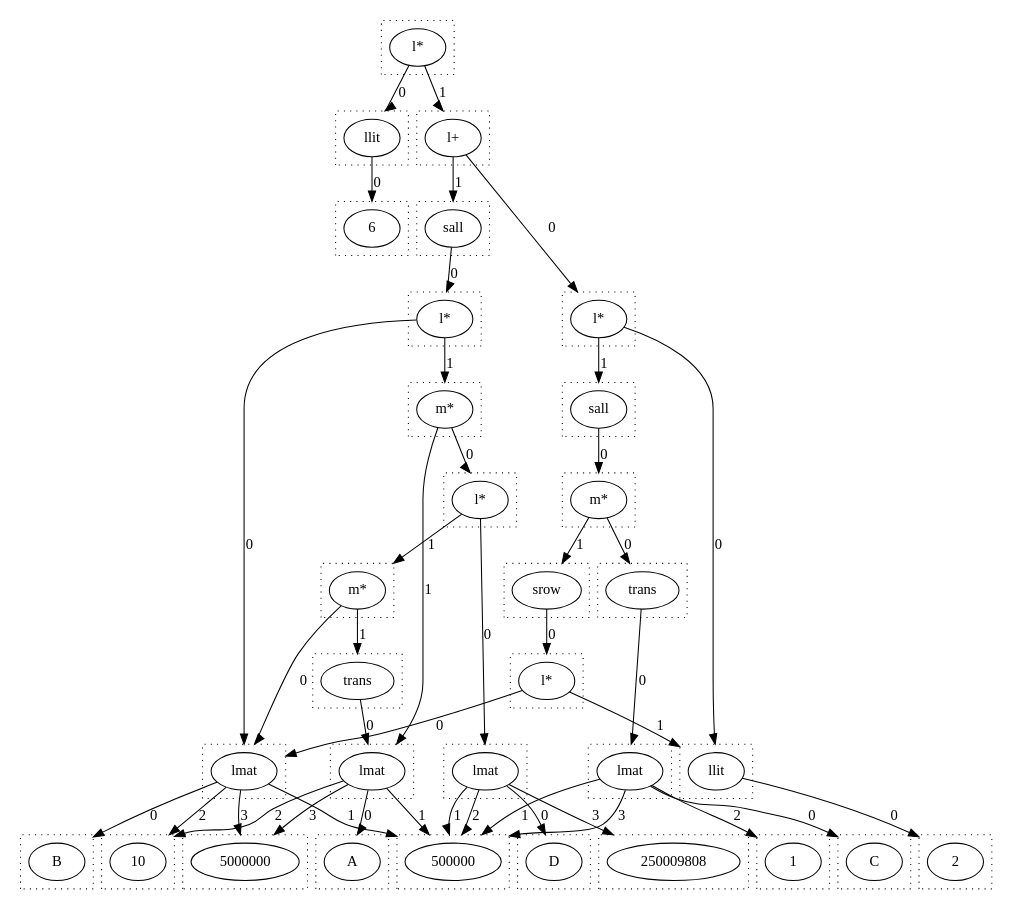
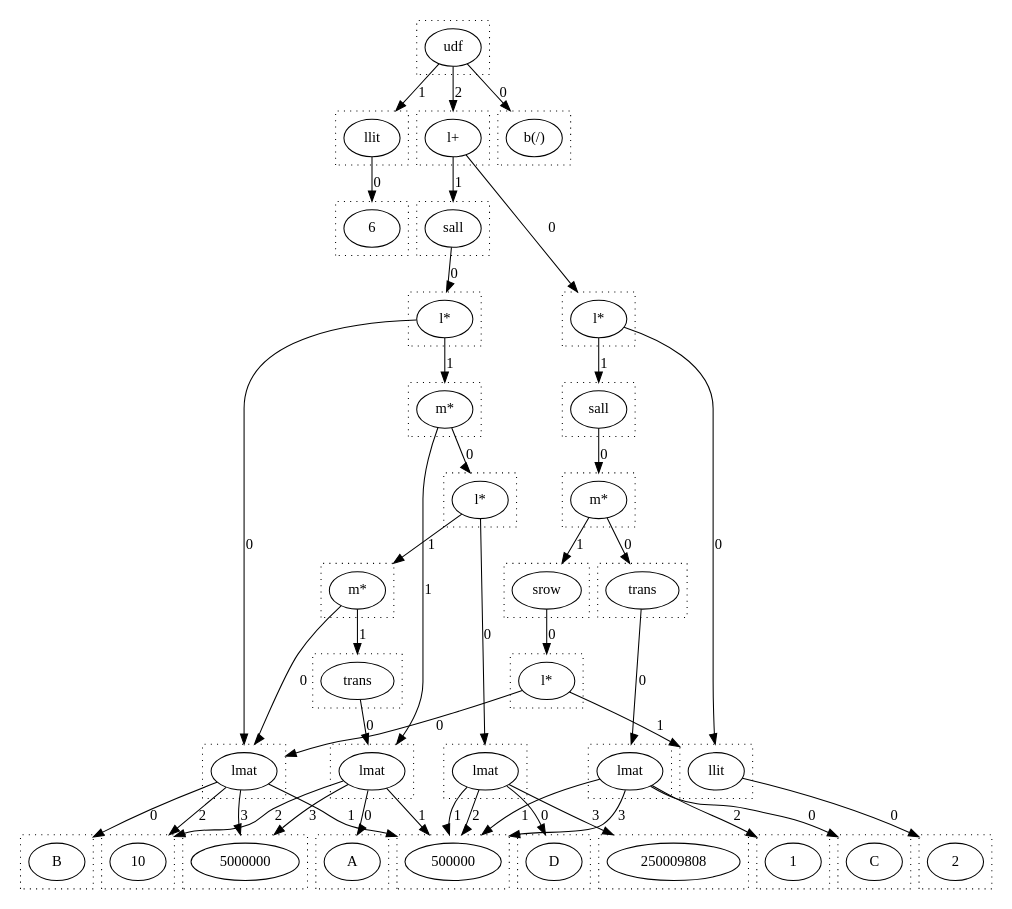
One commit to wormhole-optimization/warp changed the diagram in dots/dag.dot. Above: the diagram before and after it, drawn with Graphviz. The commit also changed 9 other files, not shown here.

```diff
--- a/dots/dag.dot
+++ b/dots/dag.dot
@@ -1,168 +1,173 @@
 digraph {
   compound=true
   subgraph cluster_0 {
     style=dotted
     0.0[label = "6"]
   }
   subgraph cluster_1 {
     style=dotted
     1.0[label = "llit"]
   }
   subgraph cluster_2 {
     style=dotted
     2.0[label = "2"]
   }
   subgraph cluster_3 {
     style=dotted
     3.0[label = "llit"]
   }
   subgraph cluster_4 {
     style=dotted
     4.0[label = "C"]
   }
   subgraph cluster_5 {
     style=dotted
     5.0[label = "500000"]
   }
   subgraph cluster_6 {
     style=dotted
     6.0[label = "1"]
   }
   subgraph cluster_7 {
     style=dotted
     7.0[label = "lmat"]
   }
   subgraph cluster_8 {
     style=dotted
     8.0[label = "trans"]
   }
   subgraph cluster_9 {
     style=dotted
     9.0[label = "B"]
   }
   subgraph cluster_10 {
     style=dotted
     10.0[label = "10"]
   }
   subgraph cluster_11 {
     style=dotted
     11.0[label = "5000000"]
   }
   subgraph cluster_12 {
     style=dotted
     12.0[label = "lmat"]
   }
   subgraph cluster_13 {
     style=dotted
     13.0[label = "l*"]
   }
   subgraph cluster_14 {
     style=dotted
     14.0[label = "srow"]
   }
   subgraph cluster_15 {
     style=dotted
     15.0[label = "m*"]
   }
   subgraph cluster_16 {
     style=dotted
     16.0[label = "sall"]
   }
   subgraph cluster_17 {
     style=dotted
     17.0[label = "l*"]
   }
   subgraph cluster_18 {
     style=dotted
     18.0[label = "D"]
   }
   subgraph cluster_19 {
     style=dotted
     19.0[label = "250009808"]
   }
   subgraph cluster_20 {
     style=dotted
     20.0[label = "lmat"]
   }
   subgraph cluster_21 {
     style=dotted
     21.0[label = "A"]
   }
   subgraph cluster_22 {
     style=dotted
     22.0[label = "lmat"]
   }
   subgraph cluster_23 {
     style=dotted
     23.0[label = "trans"]
   }
   subgraph cluster_24 {
     style=dotted
     24.0[label = "m*"]
   }
   subgraph cluster_25 {
     style=dotted
     25.0[label = "l*"]
   }
   subgraph cluster_26 {
     style=dotted
     26.0[label = "m*"]
   }
   subgraph cluster_27 {
     style=dotted
     27.0[label = "l*"]
   }
   subgraph cluster_28 {
     style=dotted
     28.0[label = "sall"]
   }
   subgraph cluster_29 {
     style=dotted
     29.0[label = "l+"]
   }
   subgraph cluster_30 {
     style=dotted
-    30.0[label = "l*"]
+    30.0[label = "b(/)"]
+  }
+  subgraph cluster_31 {
+    style=dotted
+    31.0[label = "udf"]
   }
   1.0 -> 0.0 [lhead = cluster_0, label = 0]
   3.0 -> 2.0 [lhead = cluster_2, label = 0]
   7.0 -> 4.0 [lhead = cluster_4, label = 0]
   7.0 -> 5.0 [lhead = cluster_5, label = 1]
   7.0 -> 6.0 [lhead = cluster_6, label = 2]
   7.0 -> 5.0 [lhead = cluster_5, label = 3]
   8.0 -> 7.0 [lhead = cluster_7, label = 0]
   12.0 -> 9.0 [lhead = cluster_9, label = 0]
   12.0 -> 5.0 [lhead = cluster_5, label = 1]
   12.0 -> 10.0 [lhead = cluster_10, label = 2]
   12.0 -> 11.0 [lhead = cluster_11, label = 3]
   13.0 -> 12.0 [lhead = cluster_12, label = 0]
   13.0 -> 3.0 [lhead = cluster_3, label = 1]
   14.0 -> 13.0 [lhead = cluster_13, label = 0]
   15.0 -> 8.0 [lhead = cluster_8, label = 0]
   15.0 -> 14.0 [lhead = cluster_14, label = 1]
   16.0 -> 15.0 [lhead = cluster_15, label = 0]
   17.0 -> 3.0 [lhead = cluster_3, label = 0]
   17.0 -> 16.0 [lhead = cluster_16, label = 1]
   20.0 -> 18.0 [lhead = cluster_18, label = 0]
   20.0 -> 5.0 [lhead = cluster_5, label = 1]
   20.0 -> 5.0 [lhead = cluster_5, label = 2]
   20.0 -> 19.0 [lhead = cluster_19, label = 3]
   22.0 -> 21.0 [lhead = cluster_21, label = 0]
   22.0 -> 5.0 [lhead = cluster_5, label = 1]
   22.0 -> 10.0 [lhead = cluster_10, label = 2]
   22.0 -> 11.0 [lhead = cluster_11, label = 3]
   23.0 -> 22.0 [lhead = cluster_22, label = 0]
   24.0 -> 12.0 [lhead = cluster_12, label = 0]
   24.0 -> 23.0 [lhead = cluster_23, label = 1]
   25.0 -> 20.0 [lhead = cluster_20, label = 0]
   25.0 -> 24.0 [lhead = cluster_24, label = 1]
   26.0 -> 25.0 [lhead = cluster_25, label = 0]
   26.0 -> 22.0 [lhead = cluster_22, label = 1]
   27.0 -> 12.0 [lhead = cluster_12, label = 0]
   27.0 -> 26.0 [lhead = cluster_26, label = 1]
   28.0 -> 27.0 [lhead = cluster_27, label = 0]
   29.0 -> 17.0 [lhead = cluster_17, label = 0]
   29.0 -> 28.0 [lhead = cluster_28, label = 1]
-  30.0 -> 1.0 [lhead = cluster_1, label = 0]
-  30.0 -> 29.0 [lhead = cluster_29, label = 1]
+  31.0 -> 30.0 [lhead = cluster_30, label = 0]
+  31.0 -> 1.0 [lhead = cluster_1, label = 1]
+  31.0 -> 29.0 [lhead = cluster_29, label = 2]
 }
```
